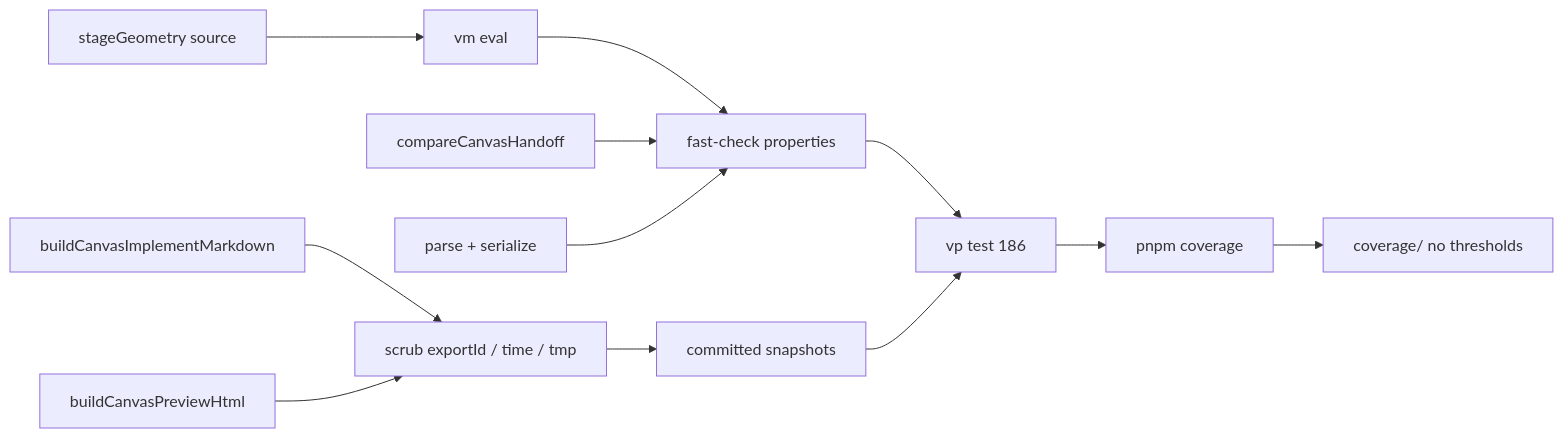
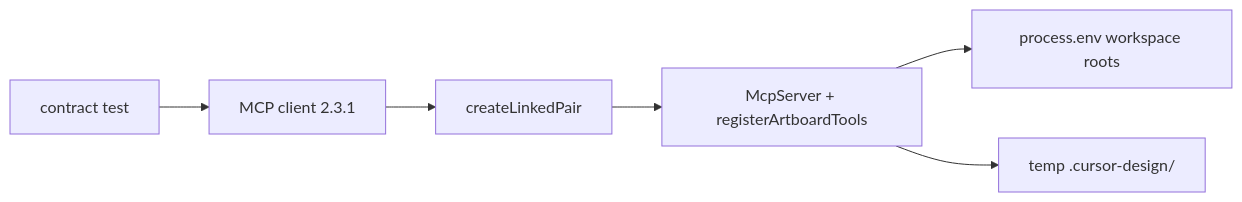
One commit to MarekBombera/cursor-design-extension changed the first of 2 diagrams in blueprint/context/current-feature-overview.md. Above: the diagram before and after it, drawn with Mermaid. The commit also changed other lines of this file and 5 other files, not shown here.

First line of the commit message:
feat: add MCP client contract tests over InMemoryTransport

````diff
--- a/blueprint/context/current-feature-overview.md
+++ b/blueprint/context/current-feature-overview.md
@@ -18,14 +18,8 @@
 ```mermaid
 flowchart LR
-  GEO["stageGeometry source"] --> VM["vm eval"]
-  VM --> FC["fast-check properties"]
-  STALE["compareCanvasHandoff"] --> FC
-  ZOD["parse + serialize"] --> FC
-  MD["buildCanvasImplementMarkdown"] --> SCRUB["scrub exportId / time / tmp"]
-  HTML["buildCanvasPreviewHtml"] --> SCRUB
-  SCRUB --> SNAP["committed snapshots"]
-  FC --> TEST["vp test 186"]
-  SNAP --> TEST
-  TEST --> COV["pnpm coverage"]
-  COV --> REPORT["coverage/ no thresholds"]
+  TEST["contract test"] --> CLIENT["MCP client 2.3.1"]
+  CLIENT --> MEM["createLinkedPair"]
+  MEM --> SRV["McpServer + registerArtboardTools"]
+  SRV --> ENV["process.env workspace roots"]
+  SRV --> DISK["temp .cursor-design/"]
 ```
````
